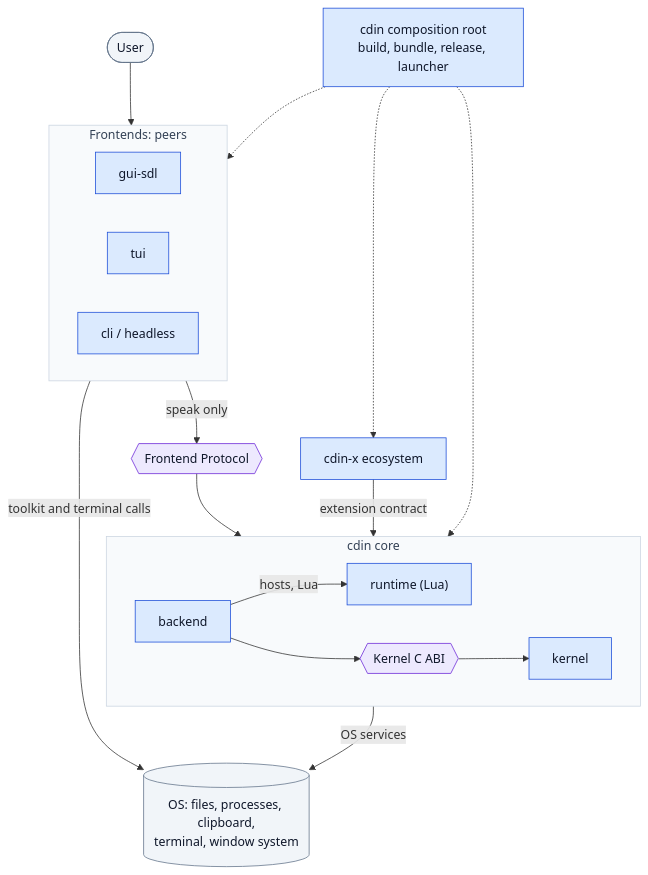
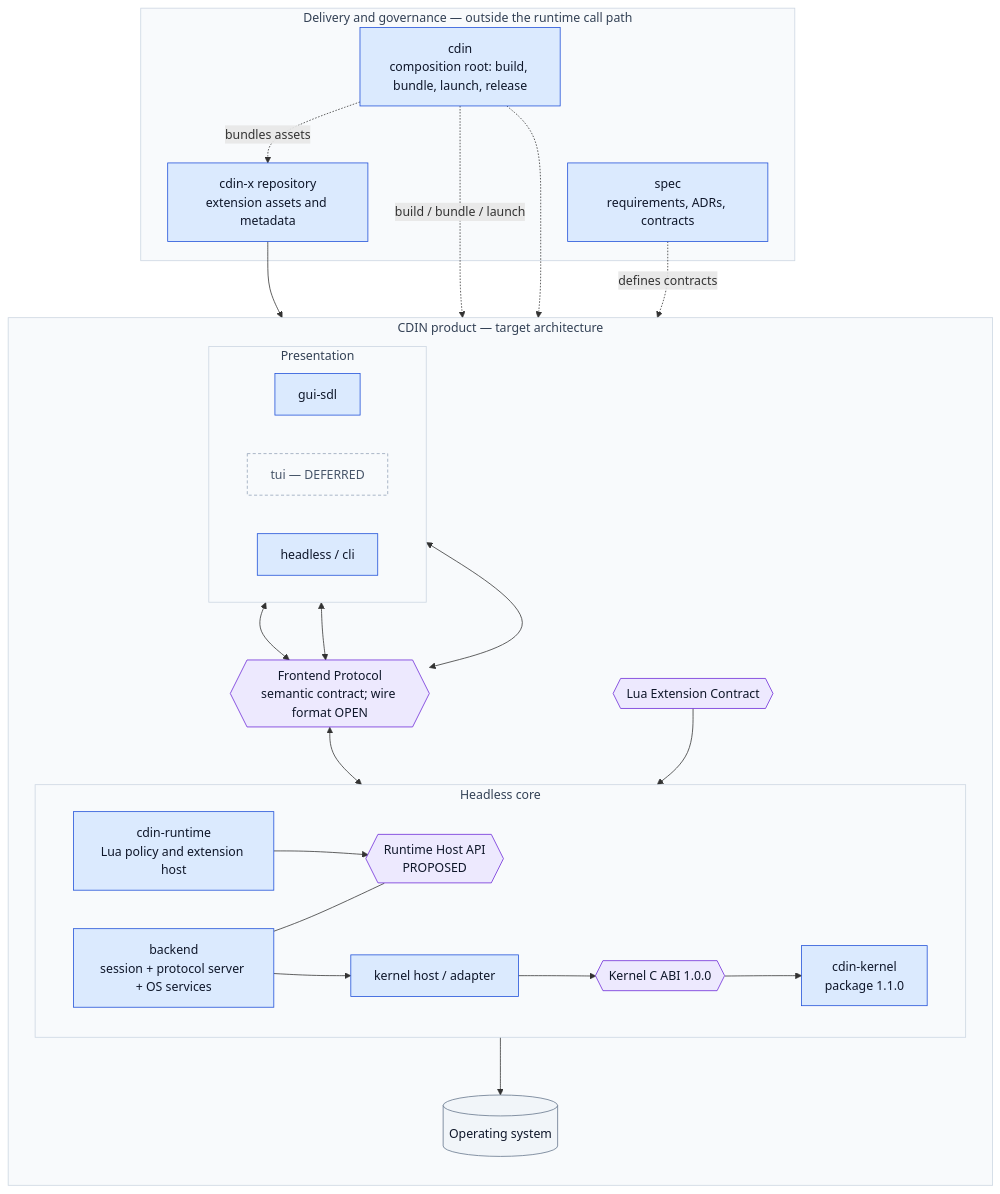
The diagram in docs/architecture/overview.md (cdin-editor/spec), drawn with Mermaid before and after one commit. The commit also changed other lines of this file and 19 other files, not shown here.

First line of the commit message:
docs(spec): release v1.1.0

````diff
--- a/docs/architecture/overview.md
+++ b/docs/architecture/overview.md
@@ -25,41 +27,55 @@
 ```mermaid
 flowchart TB
-    User(["User"])
-    subgraph FEs["Frontends: peers"]
-        direction LR
-        GUI["gui-sdl"]
-        TUI["tui"]
-        CLI["cli / headless"]
+    subgraph DELIVERY["Delivery and governance — outside the runtime call path"]
+        ROOT["cdin<br/>composition root: build, bundle, launch, release"]
+        SPEC["spec<br/>requirements, ADRs, contracts"]
+        XREPO["cdin-x repository<br/>extension assets and metadata"]
     end
-    PROTO{{"Frontend Protocol"}}
-    subgraph Core["cdin core"]
-        direction LR
-        BE["backend"]
-        RT["runtime (Lua)"]
-        KABI{{"Kernel C ABI"}}
-        K["kernel"]
-        BE -- "hosts, Lua" --> RT
-        BE --> KABI --> K
+
+    subgraph TARGET["CDIN product — target architecture"]
+        direction TB
+        subgraph UI["Presentation"]
+            direction LR
+            GUI["gui-sdl"]
+            TUI["tui — DEFERRED"]
+            HL["headless / cli"]
+        end
+        FP{{"Frontend Protocol<br/>semantic contract; wire format OPEN"}}
+        subgraph CORE["Headless core"]
+            direction LR
+            BE["backend<br/>session + protocol server + OS services"]
+            RHA{{"Runtime Host API<br/>PROPOSED"}}
+            RT["cdin-runtime<br/>Lua policy and extension host"]
+            KH["kernel host / adapter"]
+            ABI{{"Kernel C ABI 1.0.0"}}
+            K["cdin-kernel<br/>package 1.1.0"]
+        end
+        EXT{{"Lua Extension Contract"}}
+        OS[("Operating system")]
     end
-    X["cdin-x ecosystem"]
-    OS[("OS: files, processes, clipboard,<br/>terminal, window system")]
-    Root["cdin composition root<br/>build, bundle, release, launcher"]
 
-    User --> FEs
-    FEs -- "speak only" --> PROTO
-    PROTO --> BE
-    X -- "extension contract" --> RT
-    BE -- "OS services" --> OS
-    FEs -- "toolkit and terminal calls" --> OS
-    Root -.-> Core
-    Root -.-> FEs
-    Root -.-> X
-    classDef comp fill:#dbeafe,stroke:#1d4ed8,color:#0f172a
+    GUI <--> FP
+    TUI <--> FP
+    HL <--> FP
+    FP <--> BE
+    RT --> RHA
+    BE --- RHA
+    BE --> KH --> ABI --> K
+    XREPO --> EXT --> RT
+    BE --> OS
+    ROOT -. "build / bundle / launch" .-> UI
+    ROOT -.-> CORE
+    ROOT -. "bundles assets" .-> XREPO
+    SPEC -. "defines contracts" .-> TARGET
+
+    classDef component fill:#dbeafe,stroke:#1d4ed8,color:#0f172a
     classDef contract fill:#ede9fe,stroke:#6d28d9,color:#0f172a
-    classDef ext fill:#f1f5f9,stroke:#64748b,color:#0f172a
+    classDef external fill:#f1f5f9,stroke:#64748b,color:#0f172a
     classDef group fill:#f8fafc,stroke:#cbd5e1,color:#334155
-    class BE,CLI,GUI,K,RT,Root,TUI,X comp
-    class KABI,PROTO contract
-    class OS,User ext
-    class Core,FEs group
+    classDef deferred fill:#f8fafc,stroke:#94a3b8,color:#475569,stroke-dasharray:4 3
+    class ROOT,SPEC,XREPO,GUI,HL,BE,RT,KH,K component
+    class FP,RHA,ABI,EXT contract
+    class OS external
+    class TUI deferred
+    class DELIVERY,UI,CORE,TARGET group
 ```
````
